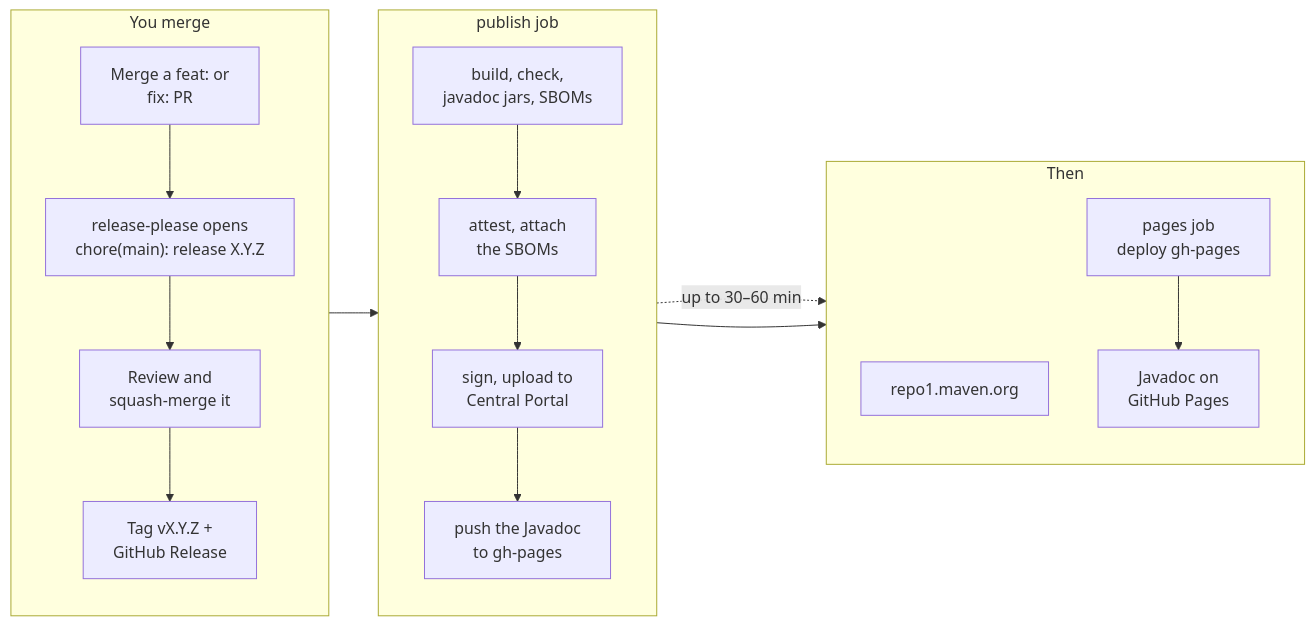
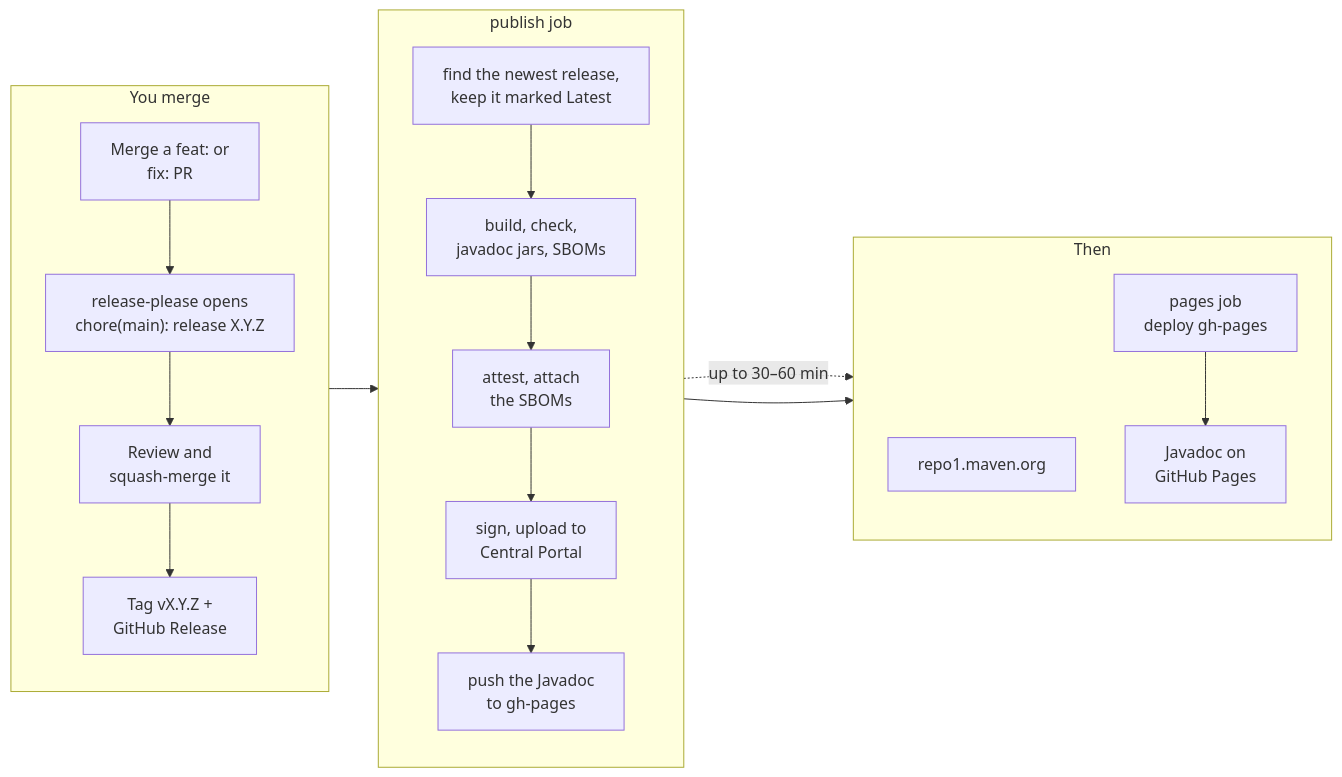
Before and after one commit to brantunger/unruly-engine: the diagram in RELEASING.md, drawn with Mermaid. The commit also changed other lines of this file and 3 other files, not shown here.

````diff
--- a/RELEASING.md
+++ b/RELEASING.md
@@ -26,23 +26,24 @@
 ```mermaid
 flowchart LR
     subgraph merge["You merge"]
         direction TB
         A["Merge a feat: or<br/>fix: PR"] --> B["release-please opens<br/>chore(main): release X.Y.Z"]
         B --> C["Review and<br/>squash-merge it"]
         C --> D["Tag vX.Y.Z +<br/>GitHub Release"]
     end
     subgraph publish["publish job"]
         direction TB
+        N["find the newest release,<br/>keep it marked Latest"] --> E
         E["build, check,<br/>javadoc jars, SBOMs"] --> V["attest, attach<br/>the SBOMs"]
         V --> F["sign, upload to<br/>Central Portal"]
         F --> J["push the Javadoc<br/>to gh-pages"]
     end
     subgraph after["Then"]
         direction TB
         G["repo1.maven.org"]
         P["pages job<br/>deploy gh-pages"] --> H["Javadoc on<br/>GitHub Pages"]
     end
-    D --> E
+    D --> N
     F -. "up to 30–60 min" .-> G
     J --> P
 ```
````
